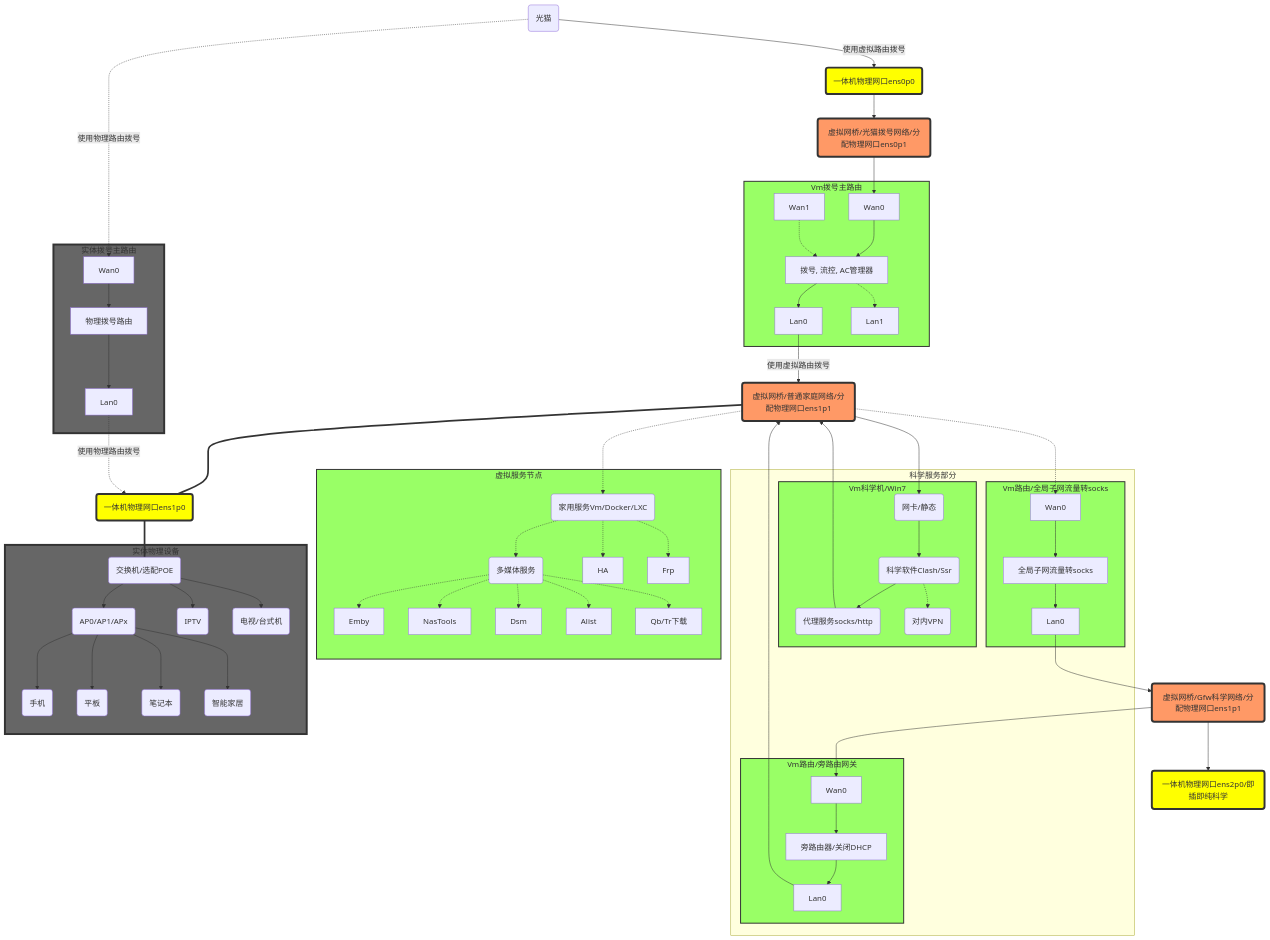
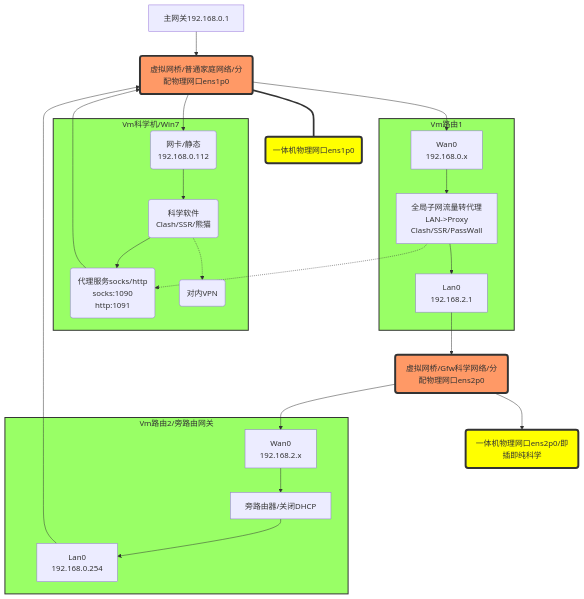
One commit to godvmxi/godvmxi.github.io changed the third of 3 diagrams in source/_posts/pve-gfw-home-usage.md. Above: the diagram before and after it, drawn with Mermaid. The commit also changed other lines of this file, not shown here.

Commit message:
add gfw tool

````diff
--- a/source/_posts/pve-gfw-home-usage.md
+++ b/source/_posts/pve-gfw-home-usage.md
@@ -170,120 +166,57 @@
 ```mermaid
 graph TB
-    BrDial(虚拟网桥/光猫拨号网络/分配物理网口ens0p1)
-    BrHome(虚拟网桥/普通家庭网络/分配物理网口ens1p1)
-    BrGfw(虚拟网桥/Gfw科学网络/分配物理网口ens1p1)
+
+    BrHome(虚拟网桥/普通家庭网络/分配物理网口ens1p0)
+    BrGfw(虚拟网桥/Gfw科学网络/分配物理网口ens2p0)
     
-    BrDialPhy(一体机物理网口ens0p0)
     BrHomePhy(一体机物理网口ens1p0)
     BrGfwPhy(一体机物理网口ens2p0/即插即纯科学)
-    Modem(光猫)
-    SwitchPoe(交换机/选配POE)
 
+    DialLan0[主网关192.168.0.1]
 
-
-    
-
-
-    
-    
-
-    subgraph VmSubDial[Vm拨号主路由]
-        DialRouter[拨号, 流控, AC管理器]
-        DiagWan0[Wan0] --> DialRouter
-        DiagWan1[Wan1] -.-> DialRouter
-        DialRouter --> DialLan0[Lan0]
-        DialRouter -.-> DialLan1[Lan1]
-    end
-
-    
-    BrDialPhy --> BrDial
-
-    BrDial  --> DiagWan0
+    DialLan0 --> BrHome
 
 
     subgraph SubVmWin0[Vm科学机/Win7]
-        SubVmWin0Eth(网卡/静态)
-        GfwSw(科学软件Clash/Ssr)
-        GfwProxy(代理服务socks/http)
+        SubVmWin0Eth(网卡/静态<br>192.168.0.112)
+        GfwSw(科学软件<br>Clash/SSR/熊猫)
+        GfwProxy(代理服务socks/http<br>socks:1090<br>http:1091)
         GfwVpn(对内VPN)
         SubVmWin0Eth --> GfwSw
         GfwSw --> GfwProxy
         GfwSw -.-> GfwVpn
-        
 
     end
 
 
-    subgraph SubVmOp1[Vm路由/全局子网流量转socks]
-        SubVmOp1OpWan[Wan0] --> SubVmOp1Op
-        SubVmOp1Op[全局子网流量转socks]
-        SubVmOp1Op --> SubVmOp1OpLan[Lan0]
+    subgraph SubVmOp1[Vm路由1]
+        SubVmOp1OpWan[Wan0<br>192.168.0.x] --> SubVmOp1Op
+        SubVmOp1Op[全局子网流量转代理<br>LAN->Proxy<br>Clash/SSR/PassWall]
+        SubVmOp1Op --> SubVmOp1OpLan[Lan0<br>192.168.2.1]
     end
 
 
-    subgraph SubVmOp2[Vm路由/旁路由网关]
-        SubVmOp2OpWan[Wan0] --> SubVmOp2Op
+    subgraph SubVmOp2[Vm路由2/旁路由网关]
+        SubVmOp2OpWan[Wan0<br>192.168.2.x] --> SubVmOp2Op
         SubVmOp2Op[旁路由器/关闭DHCP]
-        SubVmOp2Op --> SubVmOp2OpLan[Lan0]
+        SubVmOp2Op --> SubVmOp2OpLan[Lan0<br>192.168.0.254]
     end
 
-    subgraph SubPhyRouter[实体拨号主路由]
-        SubPhyRouterWan[Wan0]
-        SubPhyRouterWan --> SubPhyRouterOp[物理拨号路由]
-        SubPhyRouterOp --> SubPhyRouterOpLan0[Lan0]
-    end
 
-    subgraph SubVmService[虚拟服务节点]
-        LXC -.-> Media(多媒体服务)
-        Media -.-> Emby        
-        Media -.-> NasTools
-        Media -.-> Dsm
-        Media -.-> Alist
-        Media -.-> Qb[Qb/Tr下载]
-        LXC -.-> HA
-        LXC -.-> Frp
-        
-    end
 
-    subgraph SubGfwService[科学服务部分]
-        SubVmOp2
-        SubVmOp1
-        SubVmWin0
-    end
 
     BrHome --> SubVmWin0Eth
 
     GfwProxy --> BrHome
     BrHome === BrHomePhy
 
-    BrHomePhy === SwitchPoe
-
-
-    subgraph SubRealDevice[实体物理设备]
-        SwitchPoe --> APx(AP0/AP1/APx)    
-        SwitchPoe --> IPTV(IPTV)
-        SwitchPoe --> TV(电视/台式机)
-
-        APx --> Mobile(手机)
-        APx --> Tablet(平板)
-        APx --> Laptio(笔记本)
-        APx --> Device(智能家居)
-    end
-
 
     
     
 
+    BrHome --> SubVmOp1OpWan
 
-    BrHome -.-> LXC(家用服务Vm/Docker/LXC)
-
-
-    
-
-    
-
-
-    BrHome -.->  SubVmOp1OpWan
+    SubVmOp1Op -.->  GfwProxy
 
 
 
@@ -295,24 +228,6 @@
     BrGfw --> BrGfwPhy
 
     SubVmOp2OpLan --> BrHome
-
-
-
-    
-
-    
-    Modem -->|使用虚拟路由拨号| BrDialPhy
-    
-
-
-    DialLan0 -->|使用虚拟路由拨号| BrHome
-
-
-    Modem -.->|使用物理路由拨号| SubPhyRouterWan
-    SubPhyRouterOpLan0 -.->|使用物理路由拨号| BrHomePhy
-
-
-
     
 
     classDef CssGreen fill:#9f6,stroke:#333,stroke-width:2px;
````
